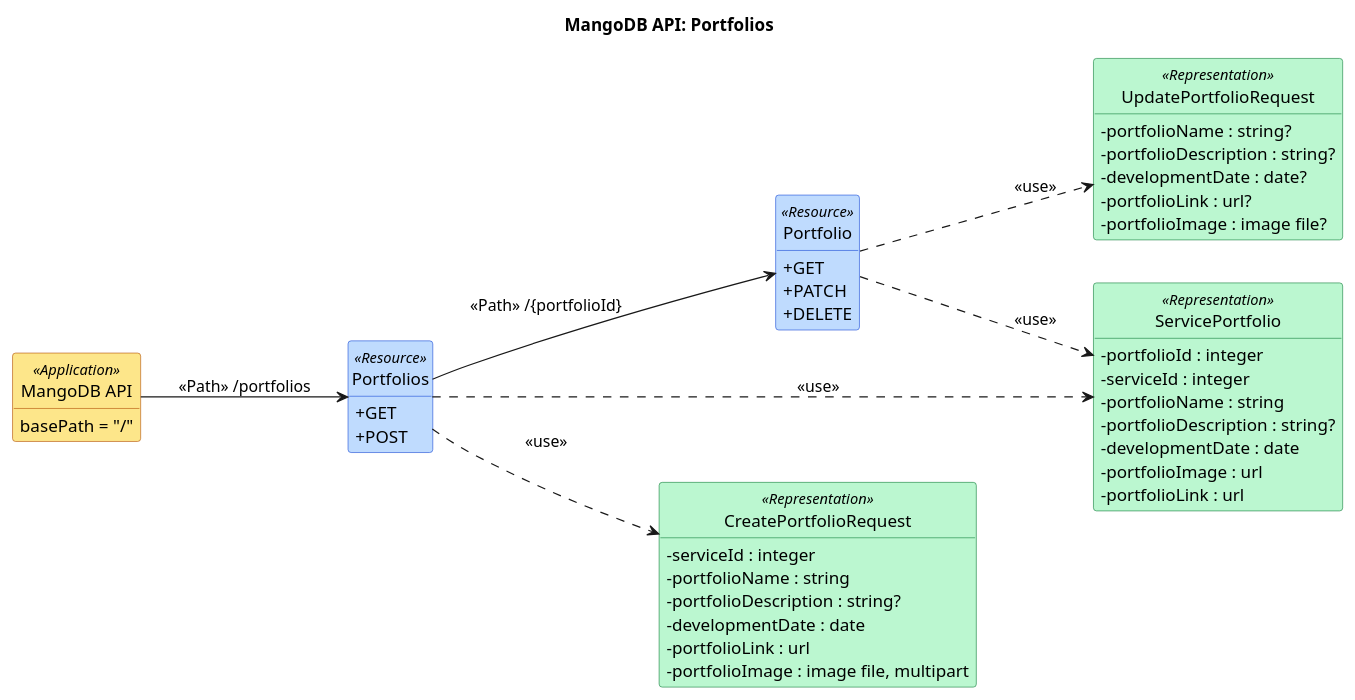
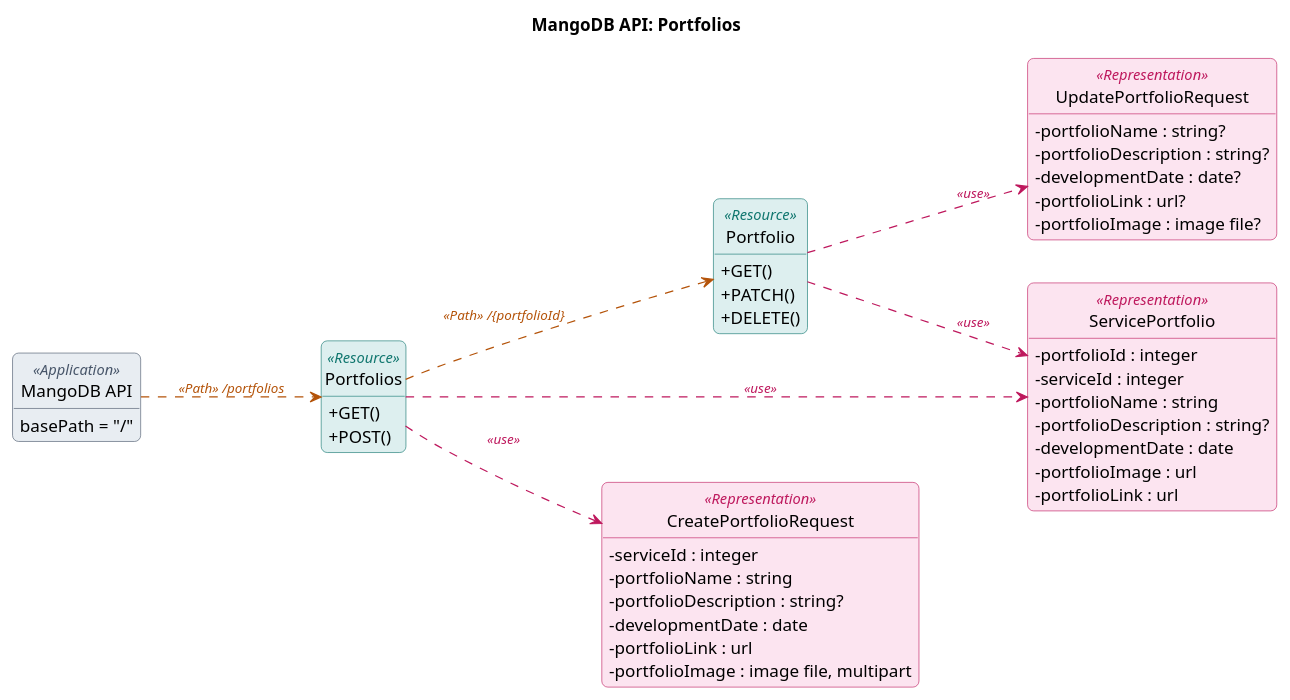
One commit to taofuuu/MangoDB changed the diagram in docs/api/uml/portfolios.puml. Above: the diagram before and after it, drawn with PlantUML. The commit also changed 31 other files, not shown here.

First line of the commit message:
docs(api): document quotation and cancel endpoints, restyle UML API diagrams

```diff
--- a/docs/api/uml/portfolios.puml
+++ b/docs/api/uml/portfolios.puml
@@ -1,59 +1,67 @@
 @startuml
 left to right direction
 skinparam classAttributeIconSize 0
 hide circle
 hide empty members
+skinparam shadowing false
+skinparam roundcorner 10
+skinparam ClassFontStyle bold
+skinparam ClassAttributeFontStyle plain
+skinparam ArrowFontSize 11
 skinparam class {
-  BackgroundColor<<Application>> #FDE68A
-  BorderColor<<Application>> #B45309
-  BackgroundColor<<Resource>> #BFDBFE
-  BorderColor<<Resource>> #1D4ED8
-  BackgroundColor<<Representation>> #BBF7D0
-  BorderColor<<Representation>> #15803D
+  BackgroundColor<<Application>> #E8EDF2
+  BorderColor<<Application>> #475569
+  BackgroundColor<<Resource>> #DDEFEF
+  BorderColor<<Resource>> #0F766E
+  BackgroundColor<<Representation>> #FCE4F0
+  BorderColor<<Representation>> #BE185D
+  StereotypeFontColor<<Application>> #475569
+  StereotypeFontColor<<Resource>> #0F766E
+  StereotypeFontColor<<Representation>> #BE185D
 }
 title MangoDB API: Portfolios
 
 class "MangoDB API" as API <<Application>> {
   basePath = "/"
 }
 class "Portfolios" as Portfolios <<Resource>> {
-  + GET
-  + POST
+  + GET()
+  + POST()
 }
 class "Portfolio" as PortfolioR <<Resource>> {
-  + GET
-  + PATCH
-  + DELETE
+  + GET()
+  + PATCH()
+  + DELETE()
 }
 class "ServicePortfolio" as ServicePortfolioRep <<Representation>> {
   -portfolioId : integer
   -serviceId : integer
   -portfolioName : string
   -portfolioDescription : string?
   -developmentDate : date
   -portfolioImage : url
   -portfolioLink : url
 }
 class "CreatePortfolioRequest" as CreatePortfolioRequestRep <<Representation>> {
   -serviceId : integer
   -portfolioName : string
   -portfolioDescription : string?
   -developmentDate : date
   -portfolioLink : url
   -portfolioImage : image file, multipart
 }
 class "UpdatePortfolioRequest" as UpdatePortfolioRequestRep <<Representation>> {
   -portfolioName : string?
   -portfolioDescription : string?
   -developmentDate : date?
   -portfolioLink : url?
   -portfolioImage : image file?
 }
 
-API --> Portfolios : <<Path>> /portfolios
-Portfolios ..> ServicePortfolioRep : <<use>>
-Portfolios ..> CreatePortfolioRequestRep : <<use>>
-Portfolios --> PortfolioR : <<Path>> /{portfolioId}
-PortfolioR ..> ServicePortfolioRep : <<use>>
-PortfolioR ..> UpdatePortfolioRequestRep : <<use>>
+API -[#B45309,dashed]-> Portfolios : <i><color:#B45309>«Path» /portfolios</color></i>
+Portfolios -[#BE185D,dashed]-> ServicePortfolioRep : <i><color:#BE185D>«use»</color></i>
+Portfolios -[#BE185D,dashed]-> CreatePortfolioRequestRep : <i><color:#BE185D>«use»</color></i>
+Portfolios -[#B45309,dashed]-> PortfolioR : <i><color:#B45309>«Path» /{portfolioId}</color></i>
+PortfolioR -[#BE185D,dashed]-> ServicePortfolioRep : <i><color:#BE185D>«use»</color></i>
+PortfolioR -[#BE185D,dashed]-> UpdatePortfolioRequestRep : <i><color:#BE185D>«use»</color></i>
 @enduml
```
